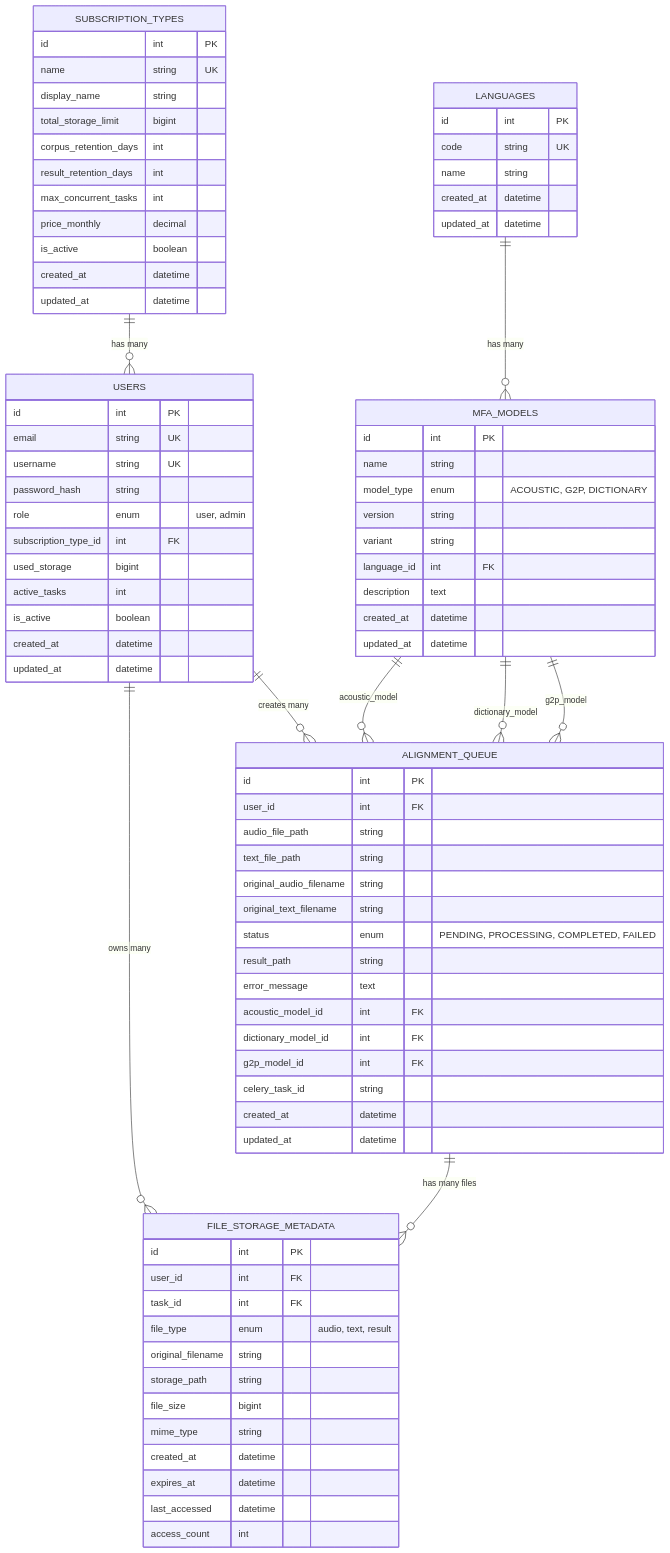
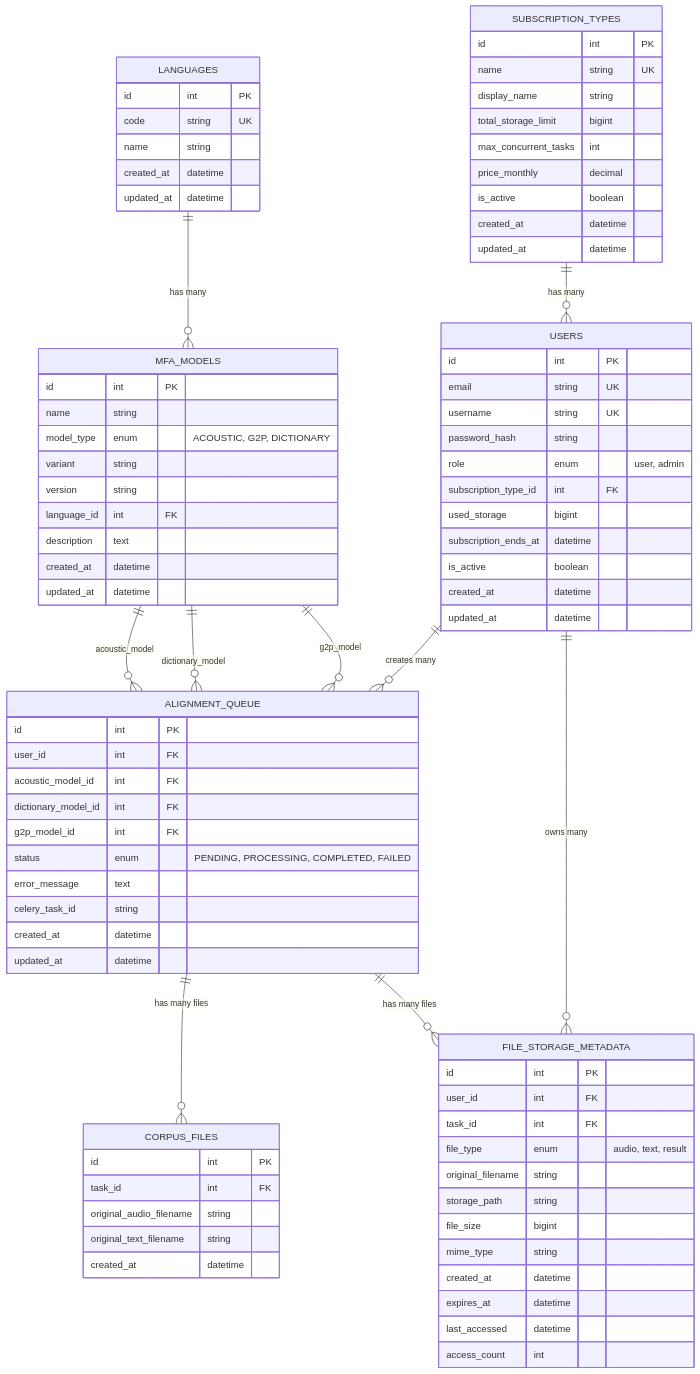
Before and after one commit to MariaPaypoint/align-api: the fifth of 5 diagrams in docs/architecture.md, drawn with Mermaid. The commit also changed other lines of this file and 4 other files, not shown here.

Commit message:
multifile tasks architecture

````diff
--- a/docs/architecture.md
+++ b/docs/architecture.md
@@ -349,19 +358,22 @@
     ALIGNMENT_QUEUE {
         id int PK
         user_id int FK
-        audio_file_path string
-        text_file_path string
-        original_audio_filename string
-        original_text_filename string
-        status enum "PENDING, PROCESSING, COMPLETED, FAILED"
-        result_path string
-        error_message text
         acoustic_model_id int FK
         dictionary_model_id int FK
         g2p_model_id int FK
+        status enum "PENDING, PROCESSING, COMPLETED, FAILED"
+        error_message text
         celery_task_id string
         created_at datetime
         updated_at datetime
+    }
+
+    CORPUS_FILES {
+        id int PK
+        task_id int FK
+        original_audio_filename string
+        original_text_filename string
+        created_at datetime
     }
 
     LANGUAGES {
@@ -376,8 +388,8 @@
         id int PK
         name string
         model_type enum "ACOUSTIC, G2P, DICTIONARY"
+        variant string
         version string
-        variant string
         language_id int FK
         description text
         created_at datetime
@@ -390,8 +402,6 @@
         name string UK
         display_name string
         total_storage_limit bigint
-        corpus_retention_days int
-        result_retention_days int
         max_concurrent_tasks int
         price_monthly decimal
         is_active boolean
@@ -407,7 +417,7 @@
         role enum "user, admin"
         subscription_type_id int FK
         used_storage bigint
-        active_tasks int
+        subscription_ends_at datetime
         is_active boolean
         created_at datetime
         updated_at datetime
@@ -436,5 +446,6 @@
     MFA_MODELS ||--o{ ALIGNMENT_QUEUE : "acoustic_model"
     MFA_MODELS ||--o{ ALIGNMENT_QUEUE : "dictionary_model"
     MFA_MODELS ||--o{ ALIGNMENT_QUEUE : "g2p_model"
+    ALIGNMENT_QUEUE ||--o{ CORPUS_FILES : "has many files"
     ALIGNMENT_QUEUE ||--o{ FILE_STORAGE_METADATA : "has many files"
 ```
````
